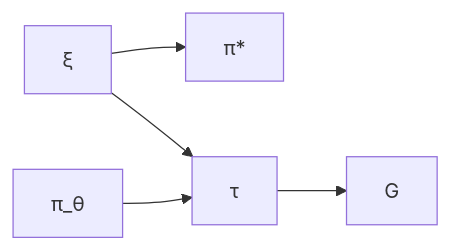
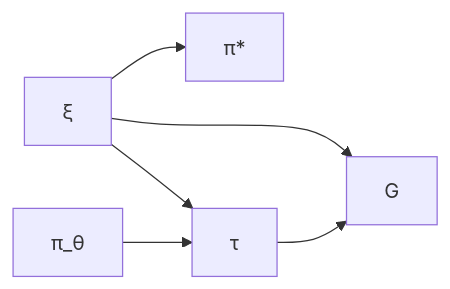
Before and after one commit to szrlee/szrlee.github.io: the first of 2 diagrams in content/post/information-bandwidth-rl/index.md, drawn with Mermaid. The commit also changed other lines of this file, not shown here.

````diff
--- a/content/post/information-bandwidth-rl/index.md
+++ b/content/post/information-bandwidth-rl/index.md
@@ -303,7 +303,8 @@
 ```mermaid
 graph LR
     A[ξ] --> B[π*]
     A --> C[τ]
-    D[π_θ] --> C
+    A --> E[G]
+    D[π_θ] --> C[τ]
     C --> E[G]
 ```
````
